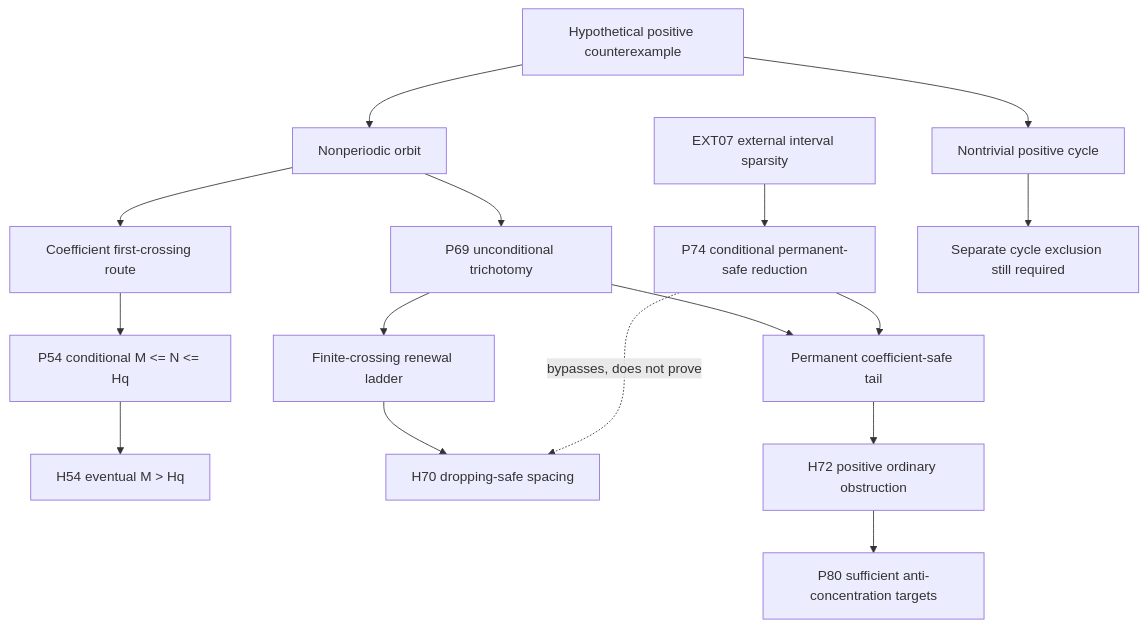
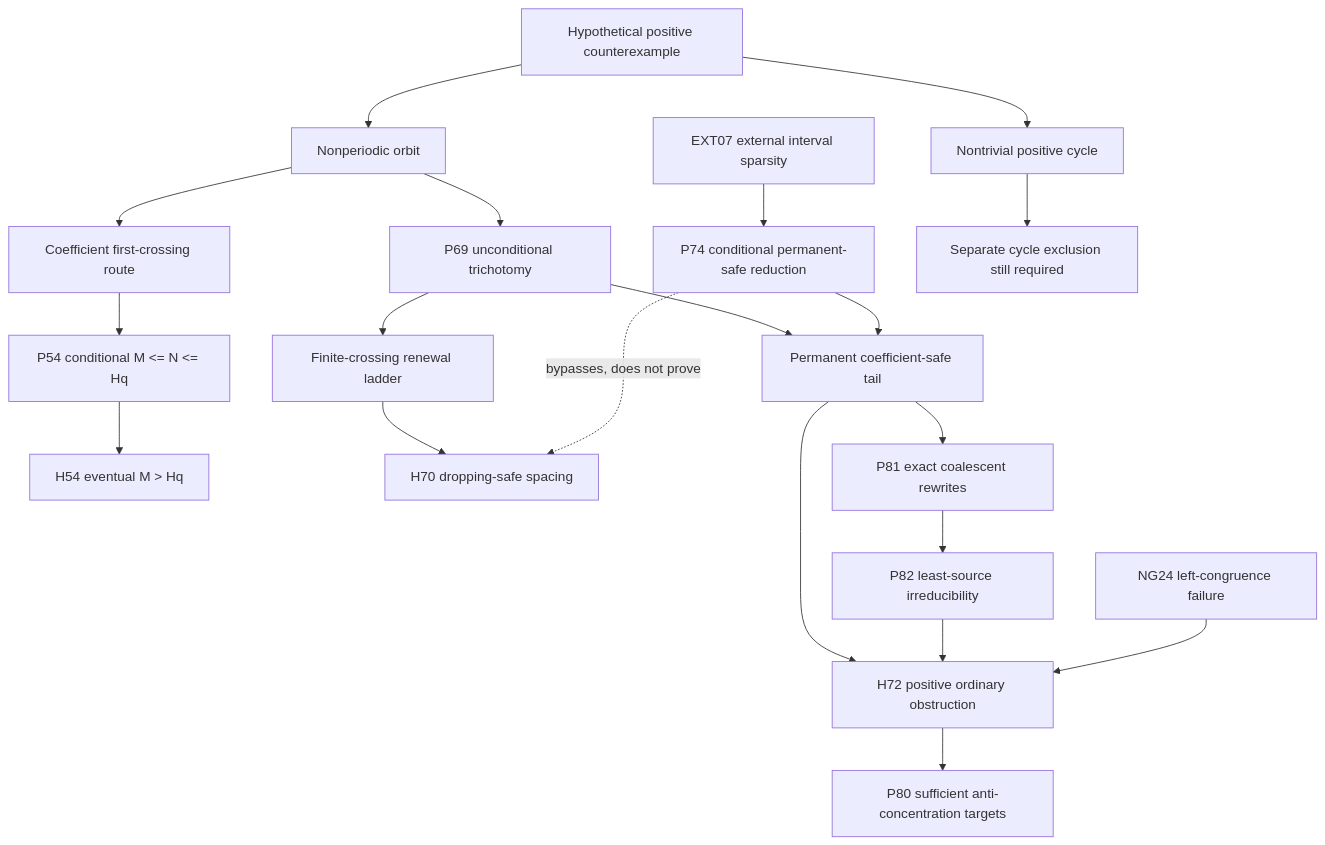
Before and after one commit to fumiki-t/Collatz-conjecture: the diagram in docs/RESEARCH_SYNTHESIS.md, drawn with Mermaid. The commit also changed other lines of this file and 30 other files, not shown here.

Commit message:
research: audit Phase 14 coalescent rewrites

````diff
--- a/docs/RESEARCH_SYNTHESIS.md
+++ b/docs/RESEARCH_SYNTHESIS.md
@@ -197,22 +197,26 @@
 ```mermaid
 flowchart TD
     C["Hypothetical positive counterexample"] --> CY["Nontrivial positive cycle"]
     C --> NP["Nonperiodic orbit"]
 
     NP --> FC["Coefficient first-crossing route"]
     FC --> P54["P54 conditional M <= N <= Hq"]
     P54 --> H54["H54 eventual M > Hq"]
 
     NP --> P69["P69 unconditional trichotomy"]
     P69 --> RL["Finite-crossing renewal ladder"]
     P69 --> ST["Permanent coefficient-safe tail"]
     RL --> H70["H70 dropping-safe spacing"]
     ST --> H72["H72 positive ordinary obstruction"]
 
     EXT07["EXT07 external interval sparsity"] --> P74["P74 conditional permanent-safe reduction"]
     P74 --> ST
     P74 -. "bypasses, does not prove" .-> H70
 
     H72 --> P80["P80 sufficient anti-concentration targets"]
+    ST --> P81["P81 exact coalescent rewrites"]
+    P81 --> P82["P82 least-source irreducibility"]
+    P82 --> H72
+    NG24["NG24 left-congruence failure"] --> H72
     CY --> CP["Separate cycle exclusion still required"]
 ```
````
